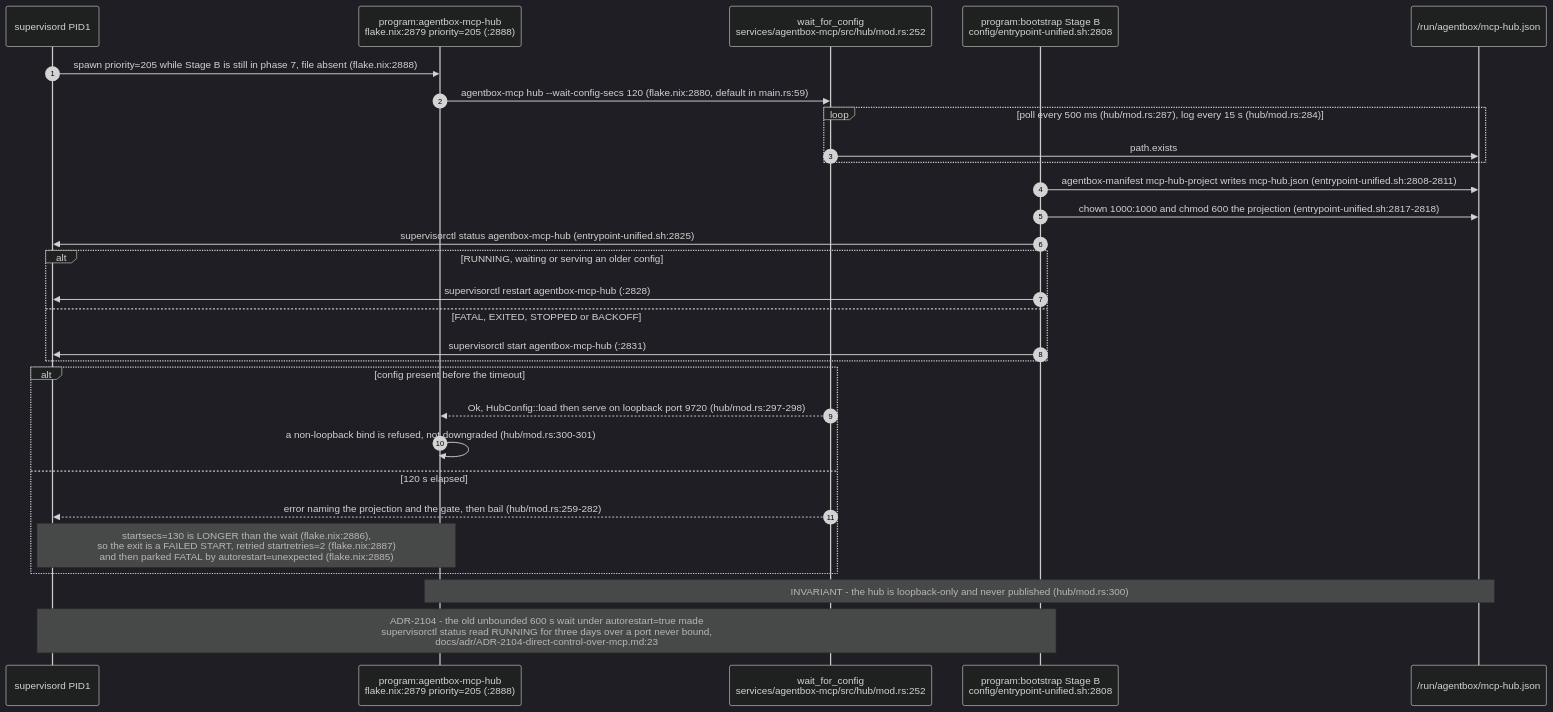
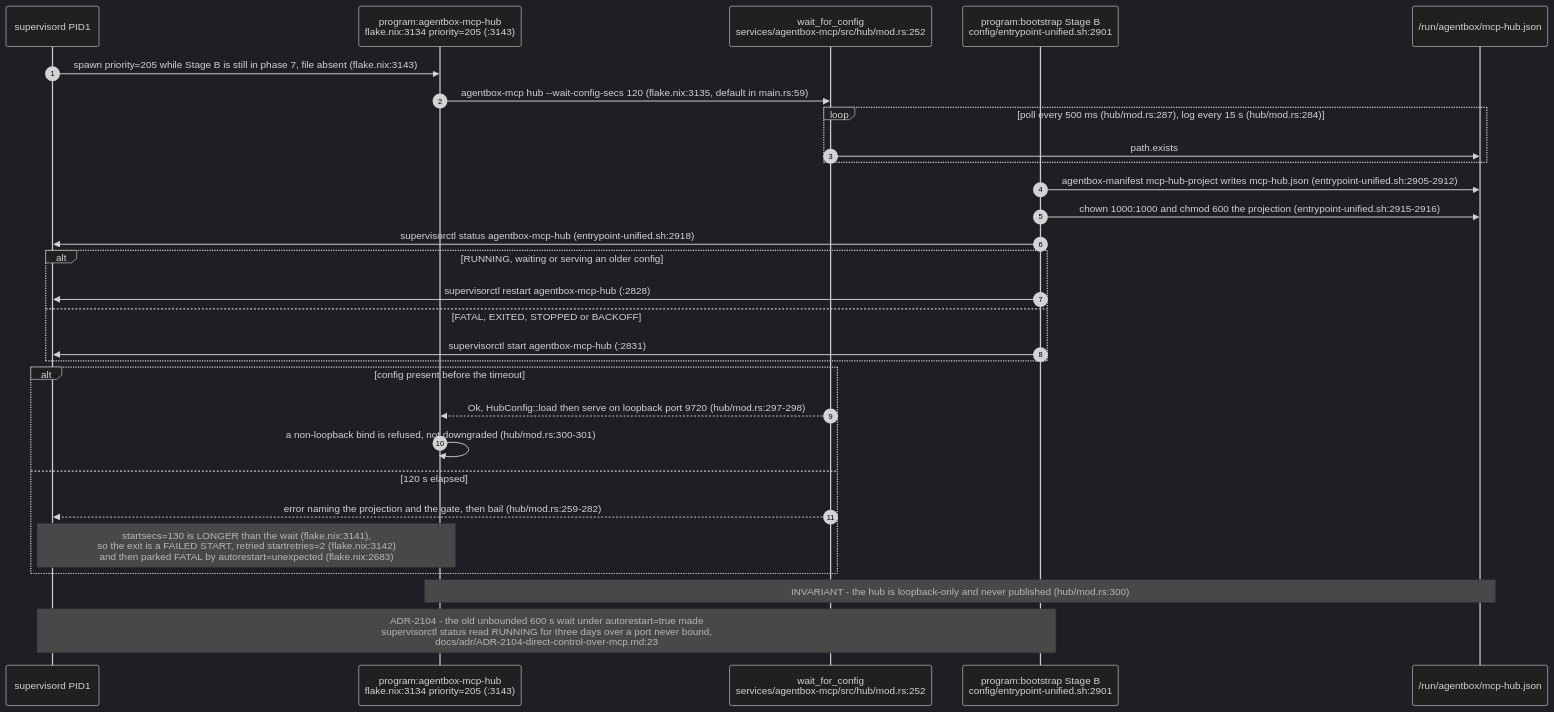
Before and after one commit to DreamLab-AI/VisionFlow: diagram 15 of 21 in docs/diagrams/agentbox/02-boot-sequence-and-readiness.md, drawn with Mermaid (dark theme). The commit also changed other lines of this file and 111 other files, not shown here.

Commit message:
docs(diagrams): align estate maps with current source

````diff
--- a/docs/diagrams/agentbox/02-boot-sequence-and-readiness.md
+++ b/docs/diagrams/agentbox/02-boot-sequence-and-readiness.md
@@ -586,32 +586,32 @@
 ```mermaid
 sequenceDiagram
     autonumber
     participant SV as supervisord PID1
-    participant HUB as program:agentbox-mcp-hub<br/>flake.nix:2879 priority=205 (:2888)
+    participant HUB as program:agentbox-mcp-hub<br/>flake.nix:3134 priority=205 (:3143)
     participant WAIT as wait_for_config<br/>services/agentbox-mcp/src/hub/mod.rs:252
-    participant BOOT as program:bootstrap Stage B<br/>config/entrypoint-unified.sh:2808
+    participant BOOT as program:bootstrap Stage B<br/>config/entrypoint-unified.sh:2901
     participant FS as /run/agentbox/mcp-hub.json
 
-    SV->>HUB: spawn priority=205 while Stage B is still in phase 7, file absent (flake.nix:2888)
-    HUB->>WAIT: agentbox-mcp hub --wait-config-secs 120 (flake.nix:2880, default in main.rs:59)
+    SV->>HUB: spawn priority=205 while Stage B is still in phase 7, file absent (flake.nix:3143)
+    HUB->>WAIT: agentbox-mcp hub --wait-config-secs 120 (flake.nix:3135, default in main.rs:59)
     loop poll every 500 ms (hub/mod.rs:287), log every 15 s (hub/mod.rs:284)
         WAIT->>FS: path.exists
     end
-    BOOT->>FS: agentbox-manifest mcp-hub-project writes mcp-hub.json (entrypoint-unified.sh:2808-2811)
-    BOOT->>FS: chown 1000:1000 and chmod 600 the projection (entrypoint-unified.sh:2817-2818)
-    BOOT->>SV: supervisorctl status agentbox-mcp-hub (entrypoint-unified.sh:2825)
+    BOOT->>FS: agentbox-manifest mcp-hub-project writes mcp-hub.json (entrypoint-unified.sh:2905-2912)
+    BOOT->>FS: chown 1000:1000 and chmod 600 the projection (entrypoint-unified.sh:2915-2916)
+    BOOT->>SV: supervisorctl status agentbox-mcp-hub (entrypoint-unified.sh:2918)
     alt RUNNING, waiting or serving an older config
         BOOT->>SV: supervisorctl restart agentbox-mcp-hub (:2828)
     else FATAL, EXITED, STOPPED or BACKOFF
         BOOT->>SV: supervisorctl start agentbox-mcp-hub (:2831)
     end
     alt config present before the timeout
         WAIT-->>HUB: Ok, HubConfig::load then serve on loopback port 9720 (hub/mod.rs:297-298)
         HUB->>HUB: a non-loopback bind is refused, not downgraded (hub/mod.rs:300-301)
     else 120 s elapsed
         WAIT-->>SV: error naming the projection and the gate, then bail (hub/mod.rs:259-282)
-        Note over SV,HUB: startsecs=130 is LONGER than the wait (flake.nix:2886),<br/>so the exit is a FAILED START, retried startretries=2 (flake.nix:2887)<br/>and then parked FATAL by autorestart=unexpected (flake.nix:2885)
+        Note over SV,HUB: startsecs=130 is LONGER than the wait (flake.nix:3141),<br/>so the exit is a FAILED START, retried startretries=2 (flake.nix:3142)<br/>and then parked FATAL by autorestart=unexpected (flake.nix:2683)
     end
     Note over HUB,FS: INVARIANT - the hub is loopback-only and never published (hub/mod.rs:300)
     Note over SV,BOOT: ADR-2104 - the old unbounded 600 s wait under autorestart=true made<br/>supervisorctl status read RUNNING for three days over a port never bound,<br/>docs/adr/ADR-2104-direct-control-over-mcp.md:23
 ```
````
